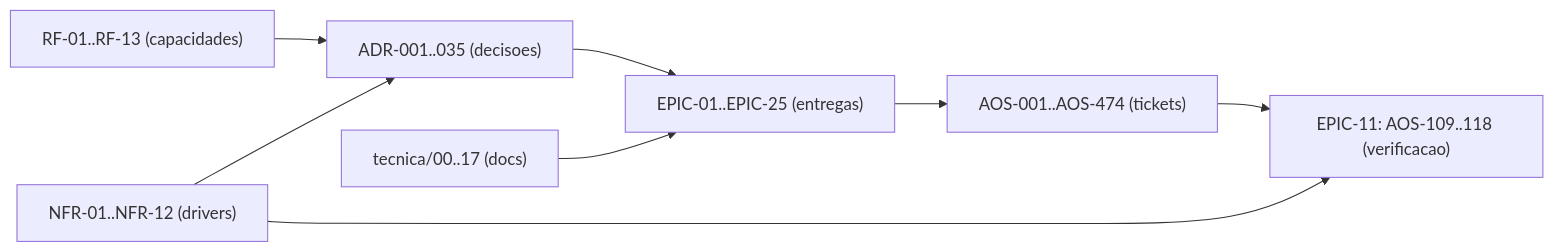
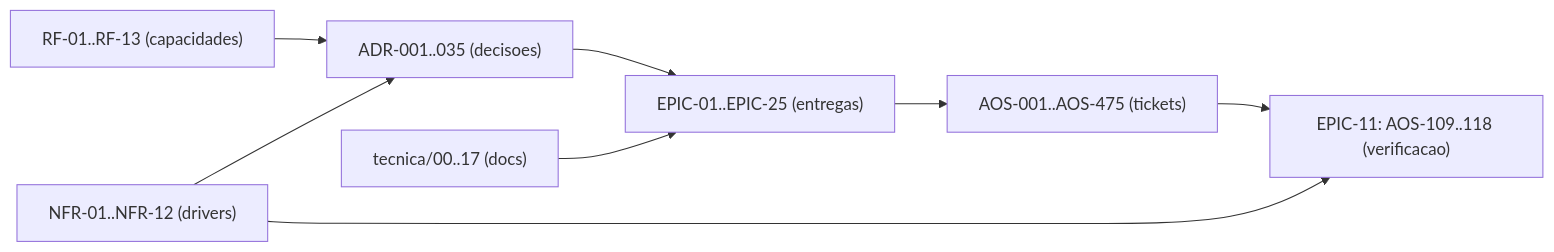
One commit to albinoJimy/aos changed the diagram in tecnica/16_Rastreabilidade_RTM.md. Above: the diagram before and after it, drawn with Mermaid. The commit also changed other lines of this file and 1 other file, not shown here.

First line of the commit message:
docs(AOS-475): abre o comparador de pares (ticket, ADR) contra o merge-base

````diff
--- a/tecnica/16_Rastreabilidade_RTM.md
+++ b/tecnica/16_Rastreabilidade_RTM.md
@@ -202,10 +202,10 @@
 ```mermaid
 flowchart LR
     RF["RF-01..RF-13 (capacidades)"] --> ADR["ADR-001..035 (decisoes)"]
     NFR["NFR-01..NFR-12 (drivers)"] --> ADR
     ADR --> EPIC["EPIC-01..EPIC-25 (entregas)"]
-    EPIC --> TICK["AOS-001..AOS-474 (tickets)"]
+    EPIC --> TICK["AOS-001..AOS-475 (tickets)"]
     DOC["tecnica/00..17 (docs)"] --> EPIC
     TICK --> TEST["EPIC-11: AOS-109..118 (verificacao)"]
     NFR --> TEST
 ```
````
